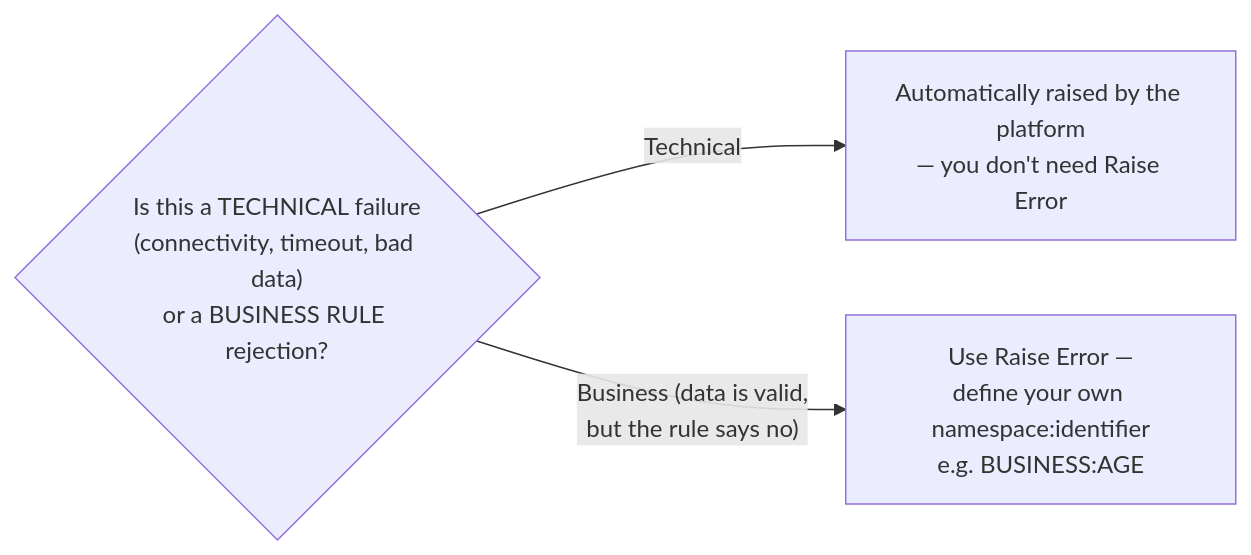
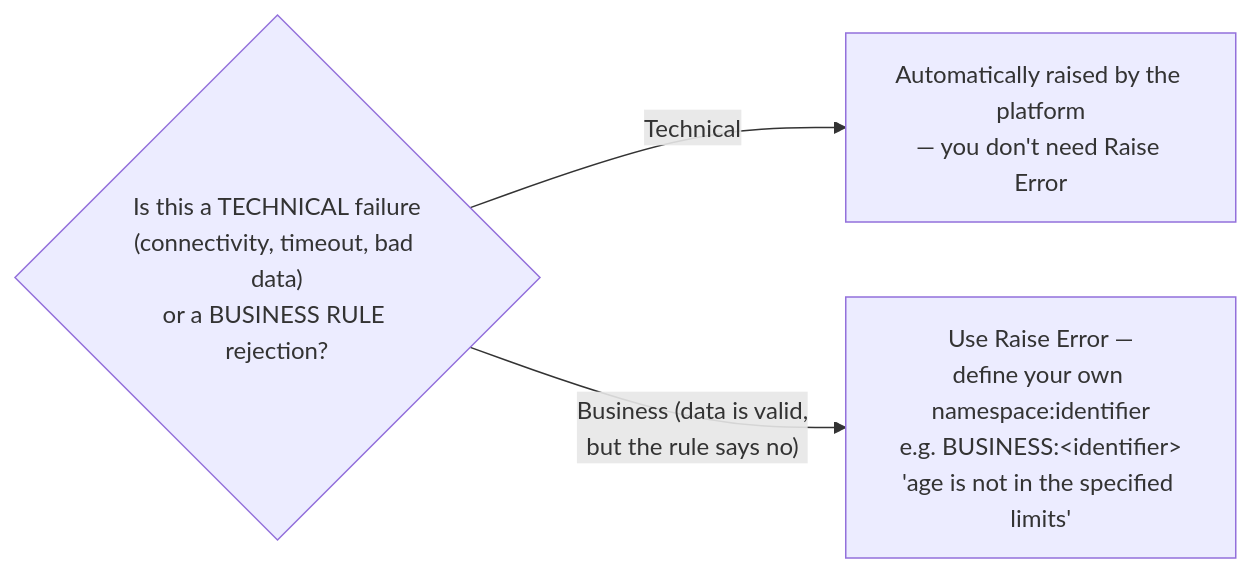
Before and after one commit to developerashok99/green-c-mule-notes: the seventh of 8 diagrams in detailed-notes/day16.md, drawn with Mermaid. The commit also changed other lines of this file and 1 other file, not shown here.

````diff
--- a/detailed-notes/day16.md
+++ b/detailed-notes/day16.md
@@ -115,6 +117,6 @@
 ```mermaid
 flowchart LR
     Q{"Is this a TECHNICAL failure<br/>(connectivity, timeout, bad data)<br/>or a BUSINESS RULE rejection?"}
     Q -->|Technical| Auto["Automatically raised by the platform<br/>— you don't need Raise Error"]
-    Q -->|"Business (data is valid,<br/>but the rule says no)"| Manual["Use Raise Error —<br/>define your own namespace:identifier<br/>e.g. BUSINESS:AGE"]
+    Q -->|"Business (data is valid,<br/>but the rule says no)"| Manual["Use Raise Error —<br/>define your own namespace:identifier<br/>e.g. BUSINESS:&lt;identifier&gt;<br/>'age is not in the specified limits'"]
 ```
````
